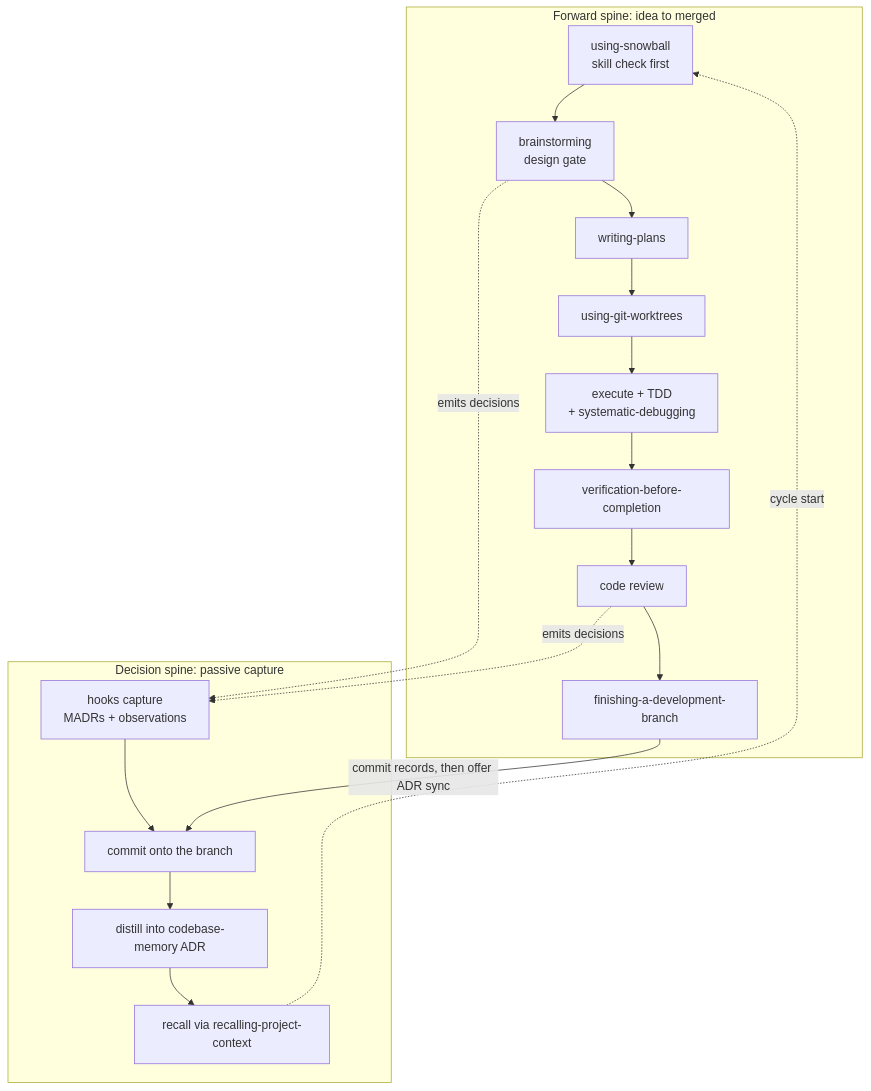
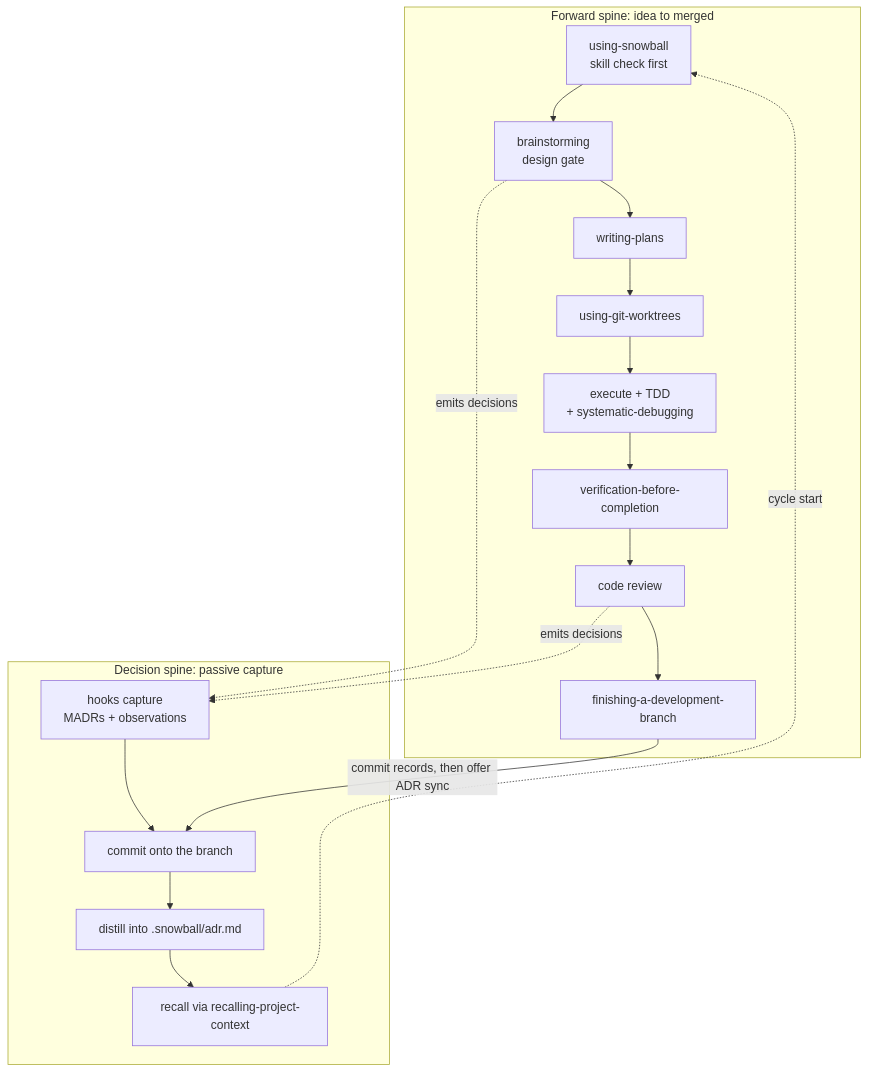
Before and after one commit to kellenff/snowball: the diagram in README.md, drawn with Mermaid. The commit also changed other lines of this file and 44 other files, not shown here.

First line of the commit message:
Replace codebase-memory with yactt HTTP MCP and a local ADR.

````diff
--- a/README.md
+++ b/README.md
@@ -30,21 +30,21 @@
 ```mermaid
 flowchart TD
   subgraph FWD["Forward spine: idea to merged"]
     A["using-snowball<br/>skill check first"] --> B["brainstorming<br/>design gate"]
     B --> C["writing-plans"]
     C --> D["using-git-worktrees"]
     D --> E["execute + TDD<br/>+ systematic-debugging"]
     E --> F["verification-before-completion"]
     F --> G["code review"]
     G --> H["finishing-a-development-branch"]
   end
   subgraph DEC["Decision spine: passive capture"]
     H1["hooks capture<br/>MADRs + observations"] --> H2["commit onto the branch"]
-    H2 --> H3["distill into codebase-memory ADR"]
+    H2 --> H3["distill into .snowball/adr.md"]
     H3 --> H4["recall via recalling-project-context"]
   end
   B -.->|emits decisions| H1
   G -.->|emits decisions| H1
   H -->|"commit records, then offer ADR sync"| H2
   H4 -.->|cycle start| A
 ```
````
